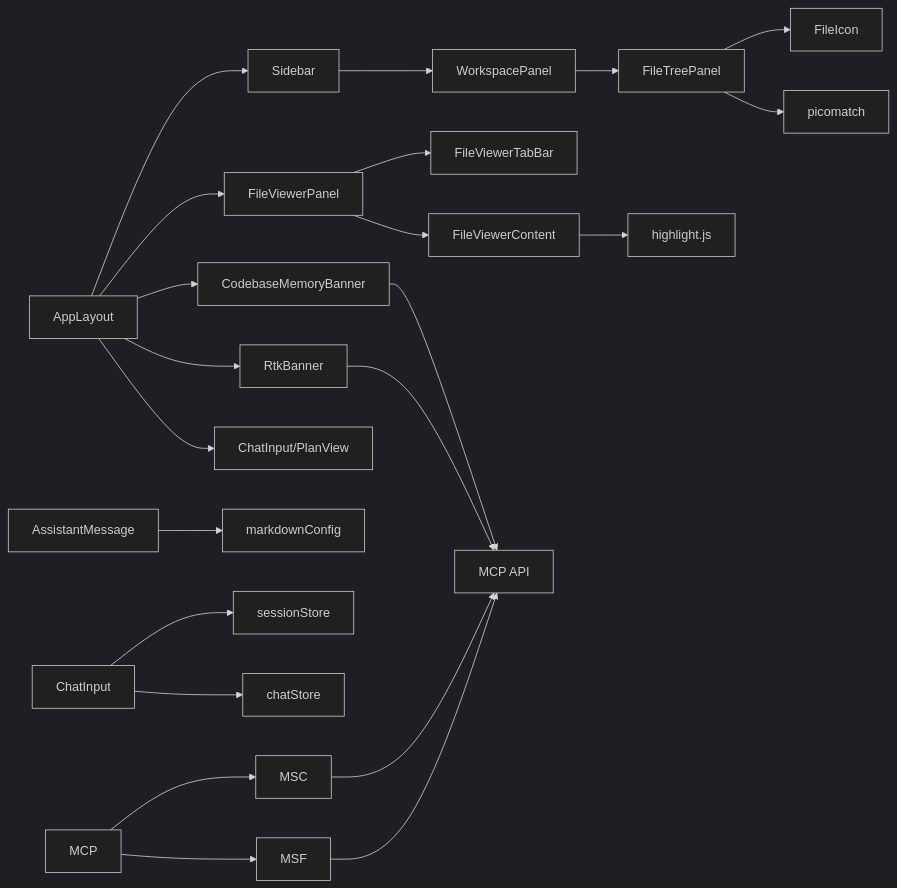
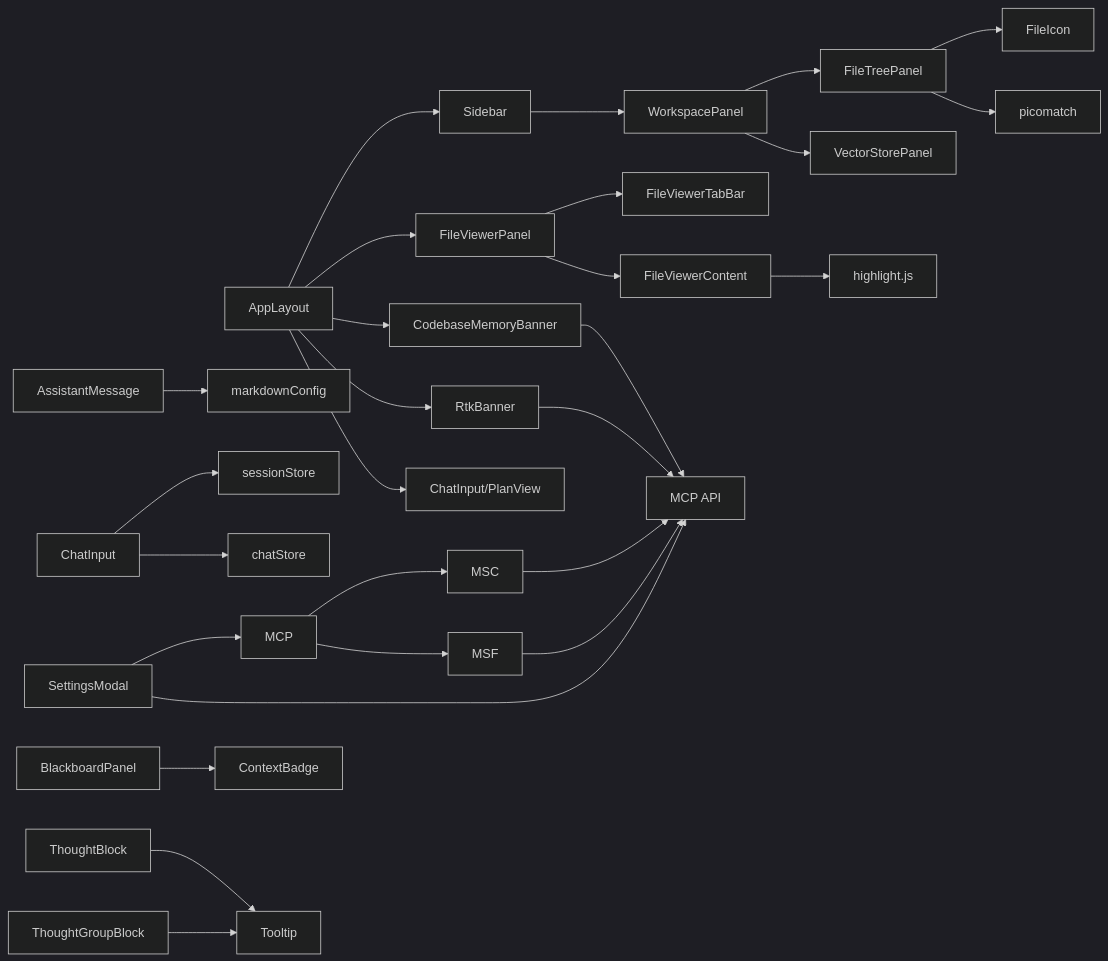
Before and after one commit to v0lka/c0wrk: the sixth of 6 diagrams in .qoder/repowiki/en/content/Frontend Application/UI Components/UI Components.md, drawn with Mermaid (dark theme). The commit also changed other lines of this file and 52 other files, not shown here.

````diff
--- a/.qoder/repowiki/en/content/Frontend Application/UI Components/UI Components.md
+++ b/.qoder/repowiki/en/content/Frontend Application/UI Components/UI Components.md
@@ -711,24 +895,30 @@
 ```mermaid
 graph LR
 AL["AppLayout"] --> SB["Sidebar"]
 AL --> FVP["FileViewerPanel"]
 AL --> CMB["CodebaseMemoryBanner"]
 AL --> RTKB["RtkBanner"]
 AL --> CHAT["ChatInput/PlanView"]
 SB --> WP["WorkspacePanel"]
 WP --> FTP["FileTreePanel"]
 FVP --> FVTB["FileViewerTabBar"]
 FVP --> FVC["FileViewerContent"]
+WP --> VSP["VectorStorePanel"]
+SM["SettingsModal"] --> MCP
+SM --> MCF["MCP API"]
 FTP --> FI["FileIcon"]
 AM["AssistantMessage"] --> MC["markdownConfig"]
 CI["ChatInput"] --> SS["sessionStore"]
 CI --> CS["chatStore"]
+BB["BlackboardPanel"] --> CB["ContextBadge"]
+TB["ThoughtBlock"] --> TIP["Tooltip"]
+TGB["ThoughtGroupBlock"] --> TIP
 FVC --> HL["highlight.js"]
 FTP --> PM["picomatch"]
-CMB --> MCF["MCP API"]
+CMB --> MCF
 RTKB --> MCF
 MSC --> MCF
 MSF --> MCF
 MCP --> MSC
 MCP --> MSF
 ```
````
